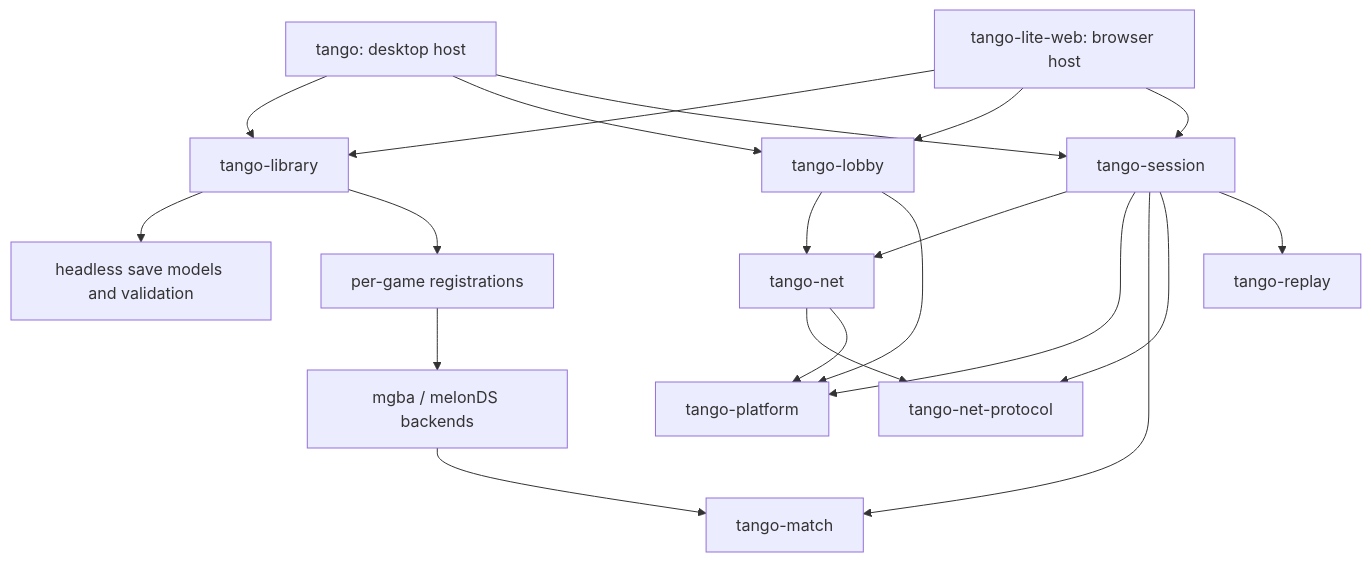
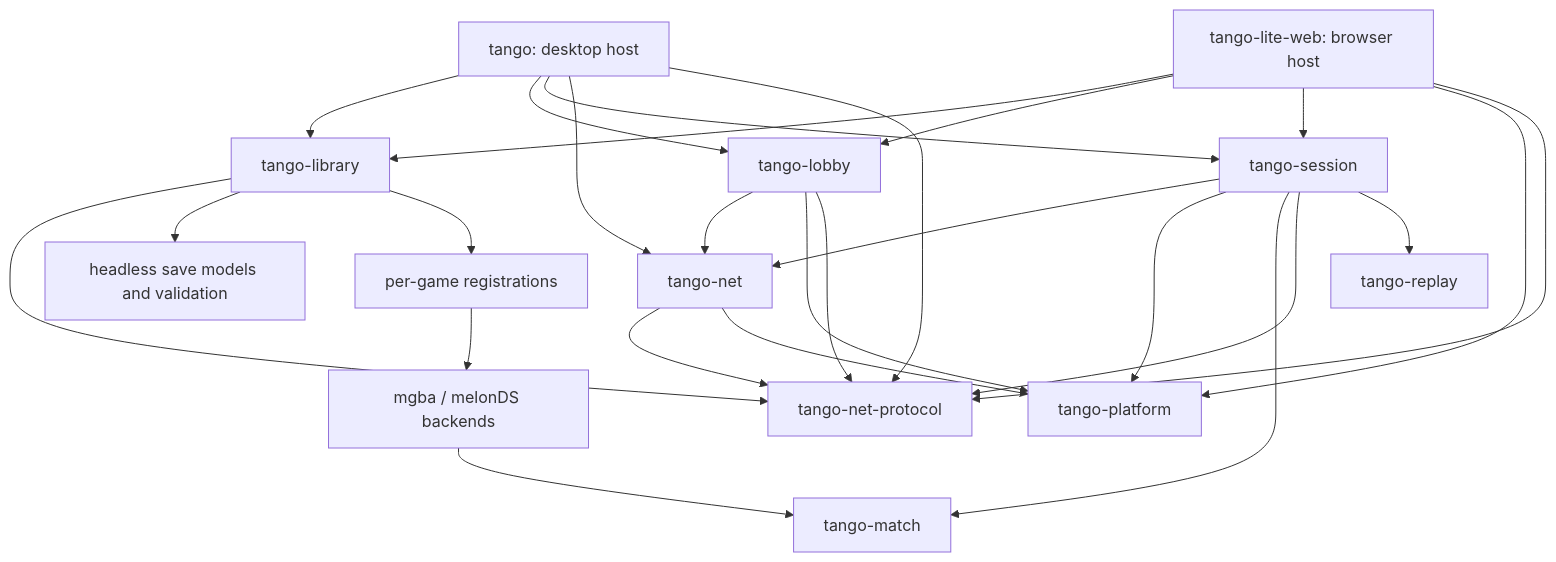
The diagram in ARCHITECTURE.md (tangobattle/tango), drawn with Mermaid before and after one commit. The commit also changed other lines of this file and 158 other files, not shown here.

Commit message:
Clean up architecture: share host logic, split large modules

````diff
--- a/ARCHITECTURE.md
+++ b/ARCHITECTURE.md
@@ -13,22 +17,28 @@
 ```mermaid
 flowchart TD
     Desktop[tango: desktop host] --> Library[tango-library]
     Browser[tango-lite-web: browser host] --> Library
     Desktop --> Lobby[tango-lobby]
     Browser --> Lobby
     Desktop --> Session[tango-session]
     Browser --> Session
-    Lobby --> Net[tango-net]
+    Desktop --> Net[tango-net]
+    Browser --> Platform[tango-platform]
+    Desktop --> Protocol[tango-net-protocol]
+    Browser --> Protocol
+    Lobby --> Net
     Session --> Net
-    Net --> Protocol[tango-net-protocol]
-    Net --> Platform[tango-platform]
+    Net --> Protocol
+    Net --> Platform
     Lobby --> Platform
+    Lobby --> Protocol
     Session --> Platform
     Session --> Match[tango-match]
-    Session --> Protocol[tango-net-protocol]
+    Session --> Protocol
     Session --> Replay[tango-replay]
+    Library --> Protocol
     Library --> Model[headless save models and validation]
     Library --> Games[per-game registrations]
     Games --> Backends[mgba / melonDS backends]
     Backends --> Match
 ```
````
